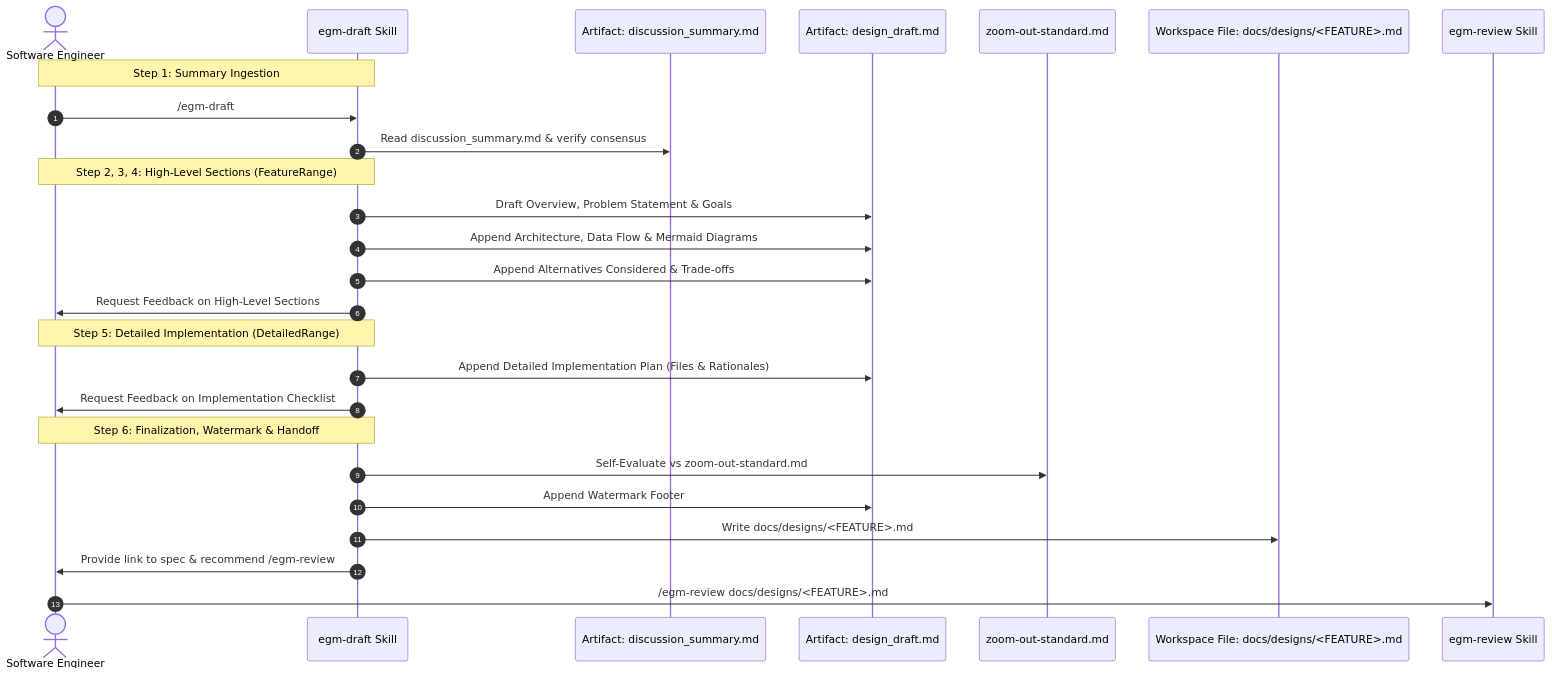
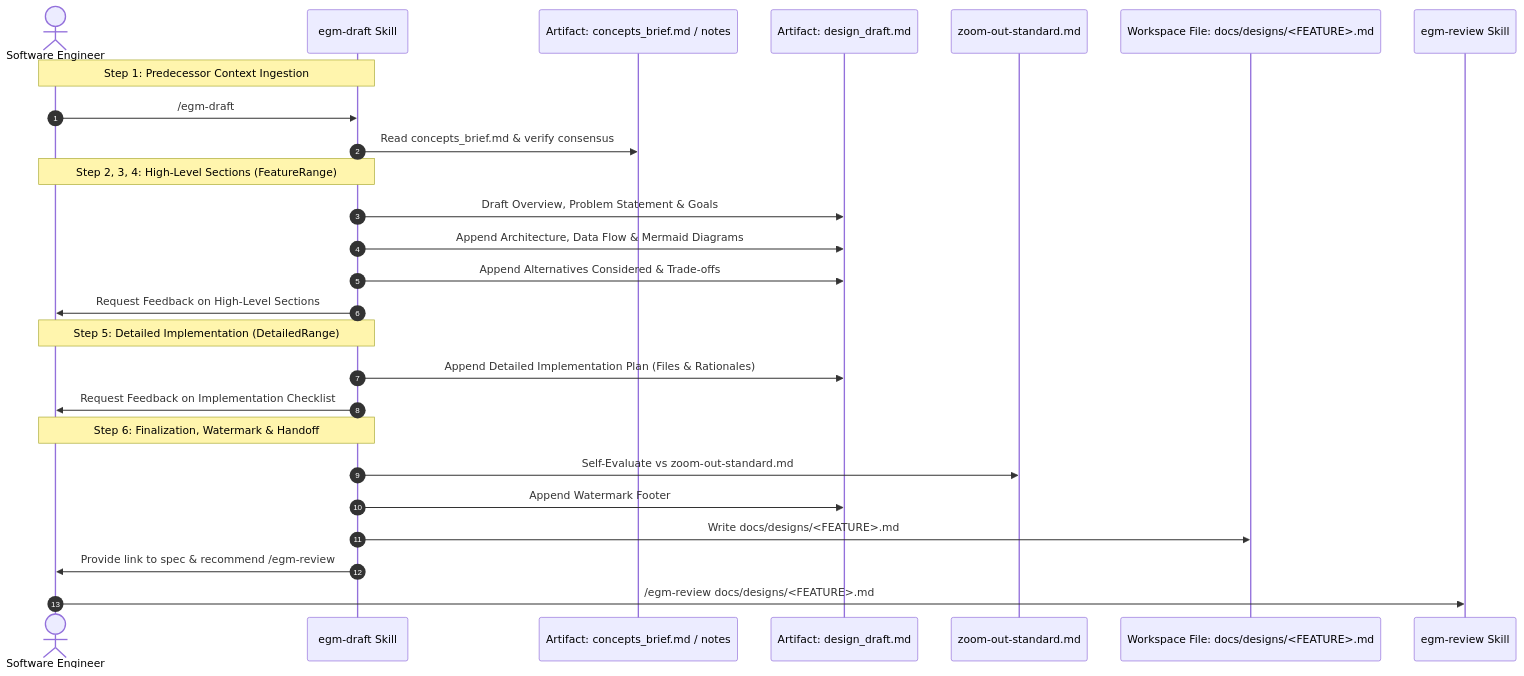
One commit to GreyCatVP/elephant-goldfish-model changed the diagram in docs/designs/draft.md. Above: the diagram before and after it, drawn with Mermaid. The commit also changed other lines of this file and 11 other files, not shown here.

````diff
--- a/docs/designs/draft.md
+++ b/docs/designs/draft.md
@@ -72,32 +72,32 @@
 ```mermaid
 sequenceDiagram
     autonumber
     actor Human as Software Engineer
     participant Draft as egm-draft Skill
-    participant Summary as Artifact: discussion_summary.md
+    participant Summary as Artifact: concepts_brief.md / notes
     participant DraftArtifact as Artifact: design_draft.md
     participant ZoomOut as zoom-out-standard.md
     participant Workspace as Workspace File: docs/designs/<FEATURE>.md
     participant Review as egm-review Skill
 
-    Note over Human,Draft: Step 1: Summary Ingestion
+    Note over Human,Draft: Step 1: Predecessor Context Ingestion
     Human->>Draft: /egm-draft
-    Draft->>Summary: Read discussion_summary.md & verify consensus
+    Draft->>Summary: Read concepts_brief.md & verify consensus
 
     Note over Human,Draft: Step 2, 3, 4: High-Level Sections (FeatureRange)
     Draft->>DraftArtifact: Draft Overview, Problem Statement & Goals
     Draft->>DraftArtifact: Append Architecture, Data Flow & Mermaid Diagrams
     Draft->>DraftArtifact: Append Alternatives Considered & Trade-offs
     Draft->>Human: Request Feedback on High-Level Sections
 
     Note over Human,Draft: Step 5: Detailed Implementation (DetailedRange)
     Draft->>DraftArtifact: Append Detailed Implementation Plan (Files & Rationales)
     Draft->>Human: Request Feedback on Implementation Checklist
 
     Note over Human,Draft: Step 6: Finalization, Watermark & Handoff
     Draft->>ZoomOut: Self-Evaluate vs zoom-out-standard.md
     Draft->>DraftArtifact: Append Watermark Footer
     Draft->>Workspace: Write docs/designs/<FEATURE>.md
     Draft->>Human: Provide link to spec & recommend /egm-review
     Human->>Review: /egm-review docs/designs/<FEATURE>.md
 ```
````
